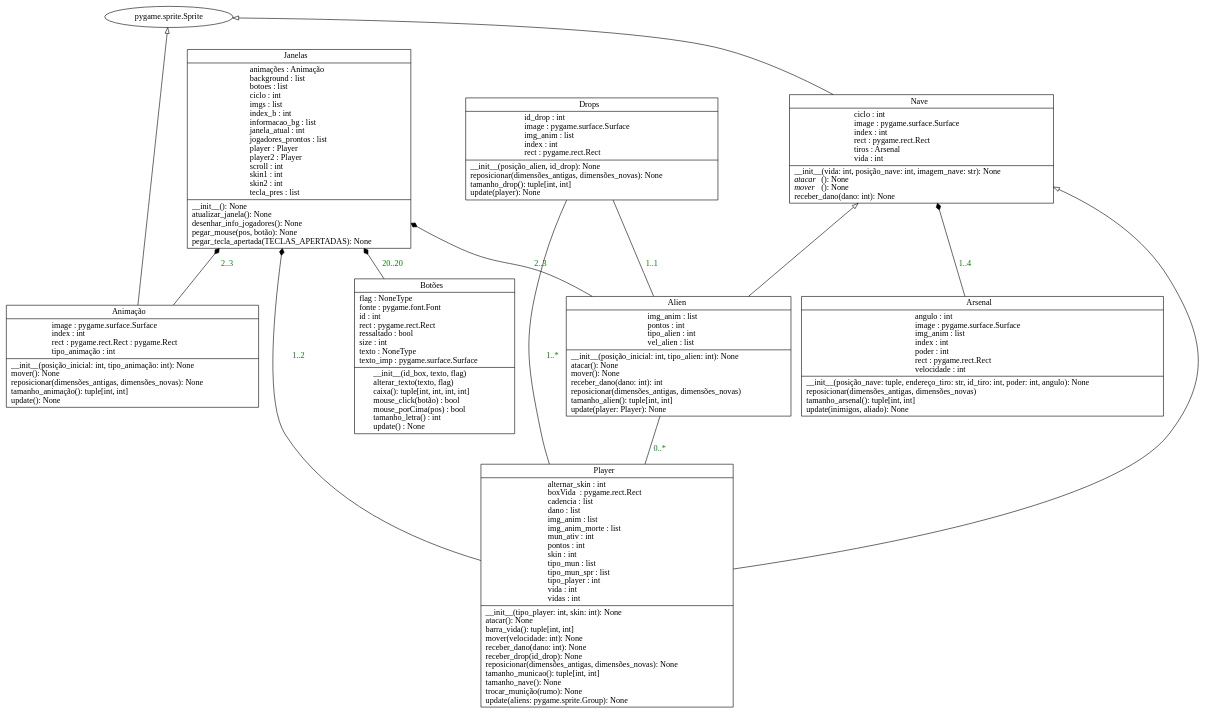
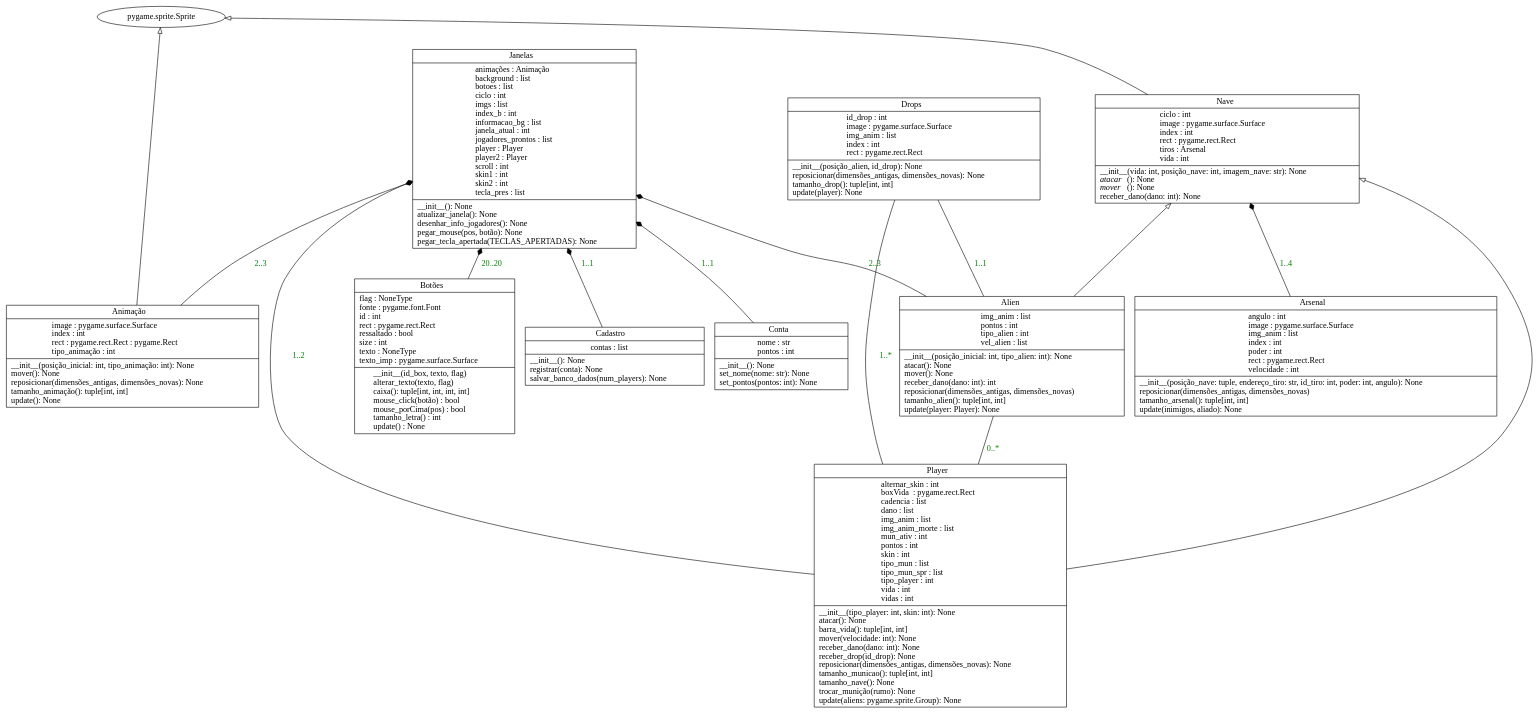
One commit to asdt123/Projeto-POO-2024-1 changed the diagram in UML/classes_JOGO.dot. Above: the diagram before and after it, drawn with Graphviz. The commit also changed 10 other files, not shown here.

Commit message:
trocado uml e o caminho do banco de dados

```diff
--- a/UML/classes_JOGO.dot
+++ b/UML/classes_JOGO.dot
@@ -1,24 +1,28 @@
 digraph "classes_JOGO" {
 rankdir=BT
 charset="utf-8"
 "Janelas" [color="black", fontcolor="black", label=<{Janelas|animações : Animação<br ALIGN="LEFT"/>background : list<br ALIGN="LEFT"/>botoes : list<br ALIGN="LEFT"/>ciclo : int<br ALIGN="LEFT"/>imgs : list<br ALIGN="LEFT"/>index_b : int<br ALIGN="LEFT"/>informacao_bg : list<br ALIGN="LEFT"/>janela_atual : int<br ALIGN="LEFT"/>jogadores_prontos : list<br ALIGN="LEFT"/>player : Player<br ALIGN="LEFT"/>player2 : Player<br ALIGN="LEFT"/>scroll : int<br ALIGN="LEFT"/>skin1 : int<br ALIGN="LEFT"/>skin2 : int<br ALIGN="LEFT"/>tecla_pres : list<br ALIGN="LEFT"/>|__init__(): None<br ALIGN="LEFT"/>atualizar_janela(): None<br ALIGN="LEFT"/>desenhar_info_jogadores(): None<br ALIGN="LEFT"/>pegar_mouse(pos, botão): None<br ALIGN="LEFT"/>pegar_tecla_apertada(TECLAS_APERTADAS): None<br ALIGN="LEFT"/>}>, shape="record", style="solid"];
 "Nave" [color="black", fontcolor="black", label=<{Nave|ciclo : int<br ALIGN="LEFT"/>image : pygame.surface.Surface<br ALIGN="LEFT"/>index : int<br ALIGN="LEFT"/>rect : pygame.rect.Rect<br ALIGN="LEFT"/>tiros : Arsenal<br ALIGN="LEFT"/>vida : int<br ALIGN="LEFT"/>|__init__(vida: int, posição_nave: int, imagem_nave: str): None<br ALIGN="LEFT"/><I>atacar</I>(): None<br ALIGN="LEFT"/><I>mover</I>(): None<br ALIGN="LEFT"/>receber_dano(dano: int): None<br ALIGN="LEFT"/>}>, shape="record", style="solid"];
 "Alien" [color="black", fontcolor="black", label=<{Alien|img_anim : list<br ALIGN="LEFT"/>pontos : int<br ALIGN="LEFT"/>tipo_alien : int<br ALIGN="LEFT"/>vel_alien : list<br ALIGN="LEFT"/>|__init__(posição_inicial: int, tipo_alien: int): None<br ALIGN="LEFT"/>atacar(): None<br ALIGN="LEFT"/>mover(): None<br ALIGN="LEFT"/>receber_dano(dano: int): int<br ALIGN="LEFT"/>reposicionar(dimensões_antigas, dimensões_novas)<br ALIGN="LEFT"/>tamanho_alien(): tuple[int, int]<br ALIGN="LEFT"/>update(player: Player): None<br ALIGN="LEFT"/>}>, shape="record", style="solid"];
 "Arsenal" [color="black", fontcolor="black", label=<{Arsenal|angulo : int<br ALIGN="LEFT"/>image : pygame.surface.Surface<br ALIGN="LEFT"/>img_anim : list<br ALIGN="LEFT"/>index : int<br ALIGN="LEFT"/>poder : int<br ALIGN="LEFT"/>rect : pygame.rect.Rect<br ALIGN="LEFT"/>velocidade : int<br ALIGN="LEFT"/>|__init__(posição_nave: tuple, endereço_tiro: str, id_tiro: int, poder: int, angulo): None<br ALIGN="LEFT"/>reposicionar(dimensões_antigas, dimensões_novas)<br ALIGN="LEFT"/>tamanho_arsenal(): tuple[int, int]<br ALIGN="LEFT"/>update(inimigos, aliado): None<br ALIGN="LEFT"/>}>, shape="record", style="solid"];
 "Player" [color="black", fontcolor="black", label=<{Player|alternar_skin : int<br ALIGN="LEFT"/>boxVida  : pygame.rect.Rect<br ALIGN="LEFT"/>cadencia : list<br ALIGN="LEFT"/>dano : list<br ALIGN="LEFT"/>img_anim : list<br ALIGN="LEFT"/>img_anim_morte : list<br ALIGN="LEFT"/>mun_ativ : int<br ALIGN="LEFT"/>pontos : int<br ALIGN="LEFT"/>skin : int<br ALIGN="LEFT"/>tipo_mun : list<br ALIGN="LEFT"/>tipo_mun_spr : list<br ALIGN="LEFT"/>tipo_player : int<br ALIGN="LEFT"/>vida : int<br ALIGN="LEFT"/>vidas : int<br ALIGN="LEFT"/>|__init__(tipo_player: int, skin: int): None<br ALIGN="LEFT"/>atacar(): None<br ALIGN="LEFT"/>barra_vida(): tuple[int, int]<br ALIGN="LEFT"/>mover(velocidade: int): None<br ALIGN="LEFT"/>receber_dano(dano: int): None<br ALIGN="LEFT"/>receber_drop(id_drop): None<br ALIGN="LEFT"/>reposicionar(dimensões_antigas, dimensões_novas): None<br ALIGN="LEFT"/>tamanho_municao(): tuple[int, int]<br ALIGN="LEFT"/>tamanho_nave(): None<br ALIGN="LEFT"/>trocar_munição(rumo): None<br ALIGN="LEFT"/>update(aliens: pygame.sprite.Group): None<br ALIGN="LEFT"/>}>, shape="record", style="solid"];
 "Animação" [color="black", fontcolor="black", label=<{Animação|image : pygame.surface.Surface<br ALIGN="LEFT"/>index : int<br ALIGN="LEFT"/>rect : pygame.rect.Rect : pygame.Rect<br ALIGN="LEFT"/>tipo_animação : int<br ALIGN="LEFT"/>|__init__(posição_inicial: int, tipo_animação: int): None<br ALIGN="LEFT"/>mover(): None<br ALIGN="LEFT"/>reposicionar(dimensões_antigas, dimensões_novas): None<br ALIGN="LEFT"/>tamanho_animação(): tuple[int, int]<br ALIGN="LEFT"/>update(): None<br ALIGN="LEFT"/>}>, shape="record", style="solid"];
 "Botões" [color="black", fontcolor="black", label=<{Botões|flag : NoneType<br ALIGN="LEFT"/>fonte : pygame.font.Font <br ALIGN="LEFT"/>id : int<br ALIGN="LEFT"/>rect : pygame.rect.Rect<br ALIGN="LEFT"/>ressaltado : bool<br ALIGN="LEFT"/>size : int<br ALIGN="LEFT"/>texto : NoneType<br ALIGN="LEFT"/>texto_imp : pygame.surface.Surface<br ALIGN="LEFT"/>|__init__(id_box, texto, flag)<br ALIGN="LEFT"/>alterar_texto(texto, flag)<br ALIGN="LEFT"/>caixa(): tuple[int, int, int, int]<br ALIGN="LEFT"/>mouse_click(botão) : bool<br ALIGN="LEFT"/>mouse_porCima(pos) : bool<br ALIGN="LEFT"/>tamanho_letra() : int<br ALIGN="LEFT"/>update() : None<br ALIGN="LEFT"/>}>, shape="record", style="solid"];
 "Drops" [color="black", fontcolor="black", label=<{Drops|id_drop : int<br ALIGN="LEFT"/>image : pygame.surface.Surface<br ALIGN="LEFT"/>img_anim : list<br ALIGN="LEFT"/>index : int<br ALIGN="LEFT"/>rect : pygame.rect.Rect<br ALIGN="LEFT"/>|__init__(posição_alien, id_drop): None<br ALIGN="LEFT"/>reposicionar(dimensões_antigas, dimensões_novas): None<br ALIGN="LEFT"/>tamanho_drop(): tuple[int, int]<br ALIGN="LEFT"/>update(player): None<br ALIGN="LEFT"/>}>, shape="record", style="solid"];
+"Cadastro" [color="black", fontcolor="black", label=<{Cadastro|contas : list<br ALIGN="LEFT"/>|__init__(): None<br ALIGN="LEFT"/>registrar(conta): None<br ALIGN="LEFT"/>salvar_banco_dados(num_players): None<br ALIGN="LEFT"/>}>, shape="record", style="solid"];
+"Conta" [color="black", fontcolor="black", label=<{Conta|nome : str<br ALIGN="LEFT"/>pontos : int<br ALIGN="LEFT"/>|__init__(): None<br ALIGN="LEFT"/>set_nome(nome: str): None<br ALIGN="LEFT"/>set_pontos(pontos: int): None<br ALIGN="LEFT"/>}>, shape="record", style="solid"];
 "Nave" -> "pygame.sprite.Sprite" [arrowhead="empty", arrowtail="none"];
 "Animação" -> "pygame.sprite.Sprite" [arrowhead="empty", arrowtail="none"];
 "Arsenal" -> "Nave" [arrowhead="diamond", arrowtail="none", fontcolor="green", label=" 1..4", style="solid"];
 "Alien" -> "Nave" [arrowhead="empty", arrowtail="none"];
+"Conta" -> "Janelas" [arrowhead="diamond", arrowtail="none",  fontcolor="green", label="  1..1"];
+"Cadastro" -> "Janelas" [arrowhead="diamond", arrowtail="none",  fontcolor="green", label="  1..1"];
 "Alien" -> "Janelas" [arrowhead="diamond", arrowtail="none",  fontcolor="green", label="  2..3"];
 "Alien" -> "Drops" [arrowhead="none",  fontcolor="green", label="  1..1",arrowtail="none", style="solid"];
 "Player" -> "Nave" [arrowhead="empty", arrowtail="none"];
 "Player" -> "Alien" [arrowhead="none", arrowtail="none",  fontcolor="green", label="  0..*"];
 "Player" -> "Drops" [arrowhead="none",  fontcolor="green", label="  1..*",arrowtail="none", style="solid"];
 "Player" -> "Janelas" [arrowhead="diamond", arrowtail="none",  fontcolor="green", label="1..2                  "];
 "Animação" -> "Janelas" [arrowhead="diamond", arrowtail="none",  fontcolor="green", label="      2..3"];
 "Botões" -> "Janelas" [arrowhead="diamond", arrowtail="none",  fontcolor="green", label="  20..20"];
 }
```
